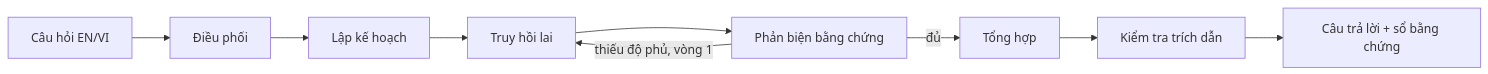
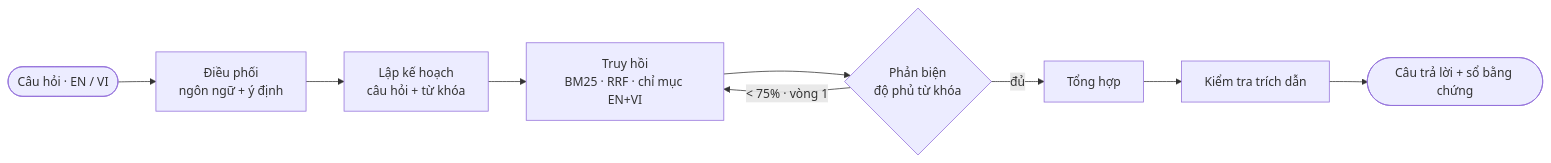
Before and after one commit to nguyenddung/atlastrace-agentic-rag: the diagram in README.vi.md, drawn with Mermaid. The commit also changed other lines of this file and 17 other files, not shown here.

````diff
--- a/README.vi.md
+++ b/README.vi.md
@@ -51,11 +126,11 @@
 ```mermaid
 flowchart LR
-    Q[Câu hỏi EN/VI] --> O[Điều phối]
-    O --> P[Lập kế hoạch]
-    P --> R[Truy hồi lai]
-    R --> C[Phản biện bằng chứng]
-    C -- thiếu độ phủ, vòng 1 --> R
+    Q([Câu hỏi · EN / VI]) --> O[Điều phối<br/>ngôn ngữ + ý định]
+    O --> P[Lập kế hoạch<br/>câu hỏi + từ khóa]
+    P --> R[Truy hồi<br/>BM25 · RRF · chỉ mục EN+VI]
+    R --> C{Phản biện<br/>độ phủ từ khóa}
+    C -- "< 75% · vòng 1" --> R
     C -- đủ --> S[Tổng hợp]
     S --> A[Kiểm tra trích dẫn]
-    A --> X[Câu trả lời + sổ bằng chứng]
+    A --> X([Câu trả lời + sổ bằng chứng])
 ```
````
